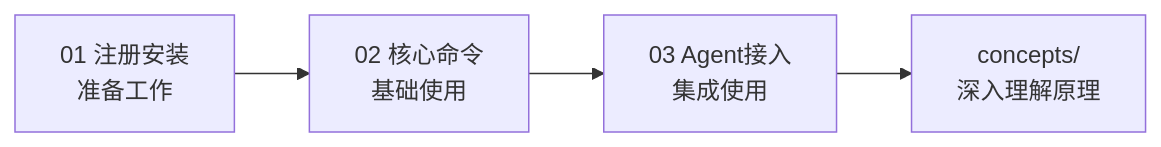
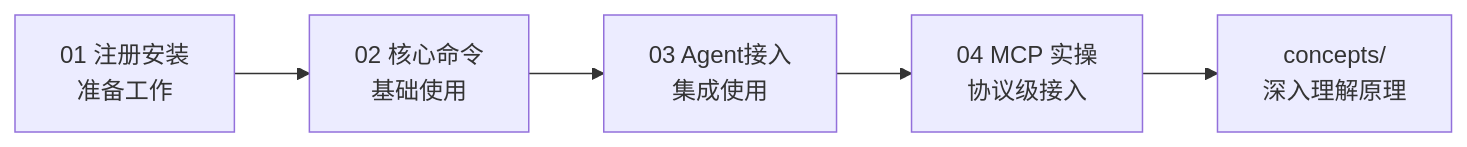
One commit to awesome-flexloop/awesome-okf changed the diagram in doc/bundles/jishu/ai/ai-agent/zhihu-cli/examples/index.md. Above: the diagram before and after it, drawn with Mermaid. The commit also changed other lines of this file and 10 other files, not shown here.

````diff
--- a/doc/bundles/jishu/ai/ai-agent/zhihu-cli/examples/index.md
+++ b/doc/bundles/jishu/ai/ai-agent/zhihu-cli/examples/index.md
@@ -29,6 +30,7 @@
 ```mermaid
 graph LR
     A[01 注册安装<br/>准备工作] --> B[02 核心命令<br/>基础使用]
     B --> C[03 Agent接入<br/>集成使用]
-    C --> D[concepts/<br/>深入理解原理]
+    C --> D[04 MCP 实操<br/>协议级接入]
+    D --> E[concepts/<br/>深入理解原理]
 ```
````
